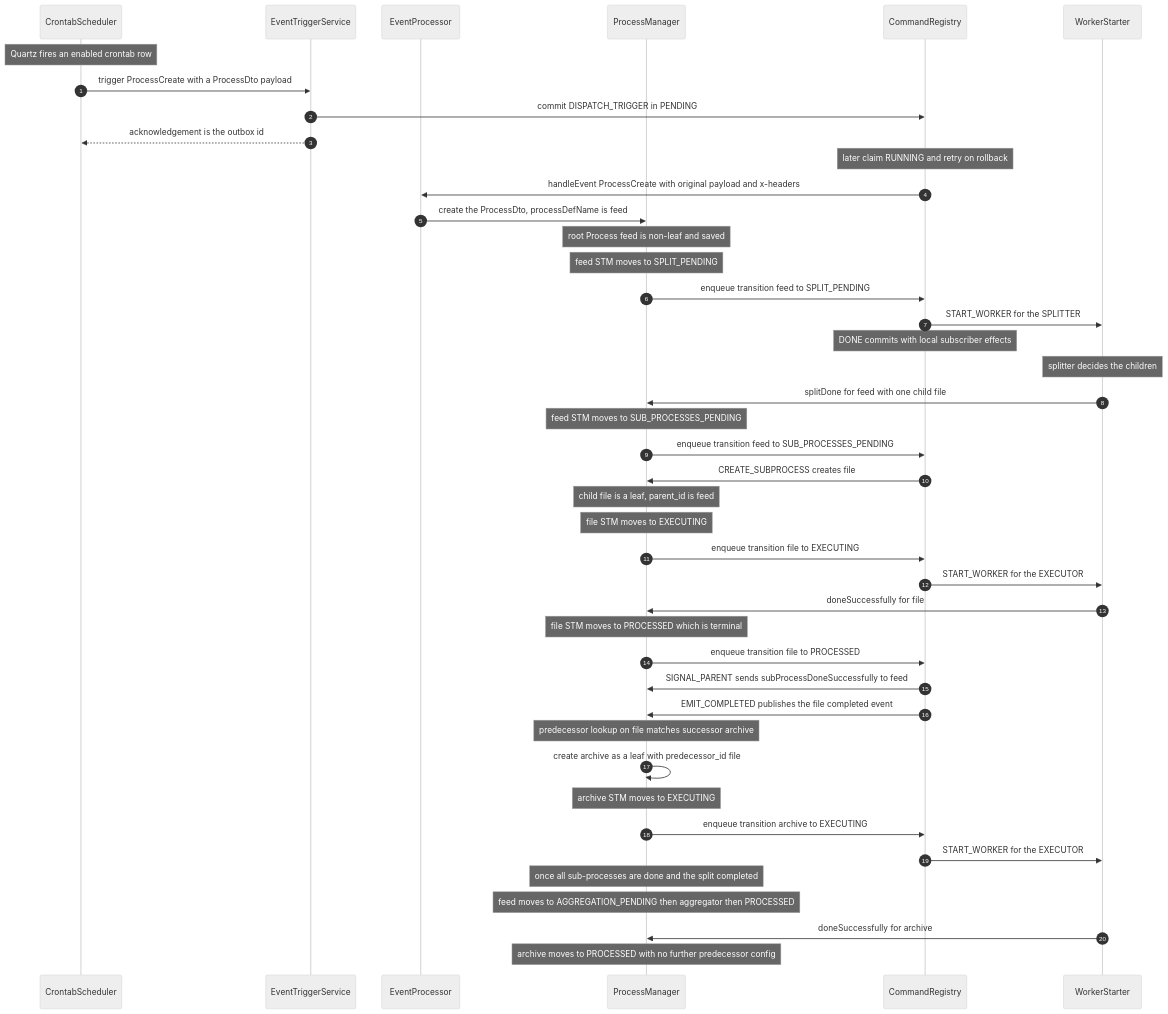
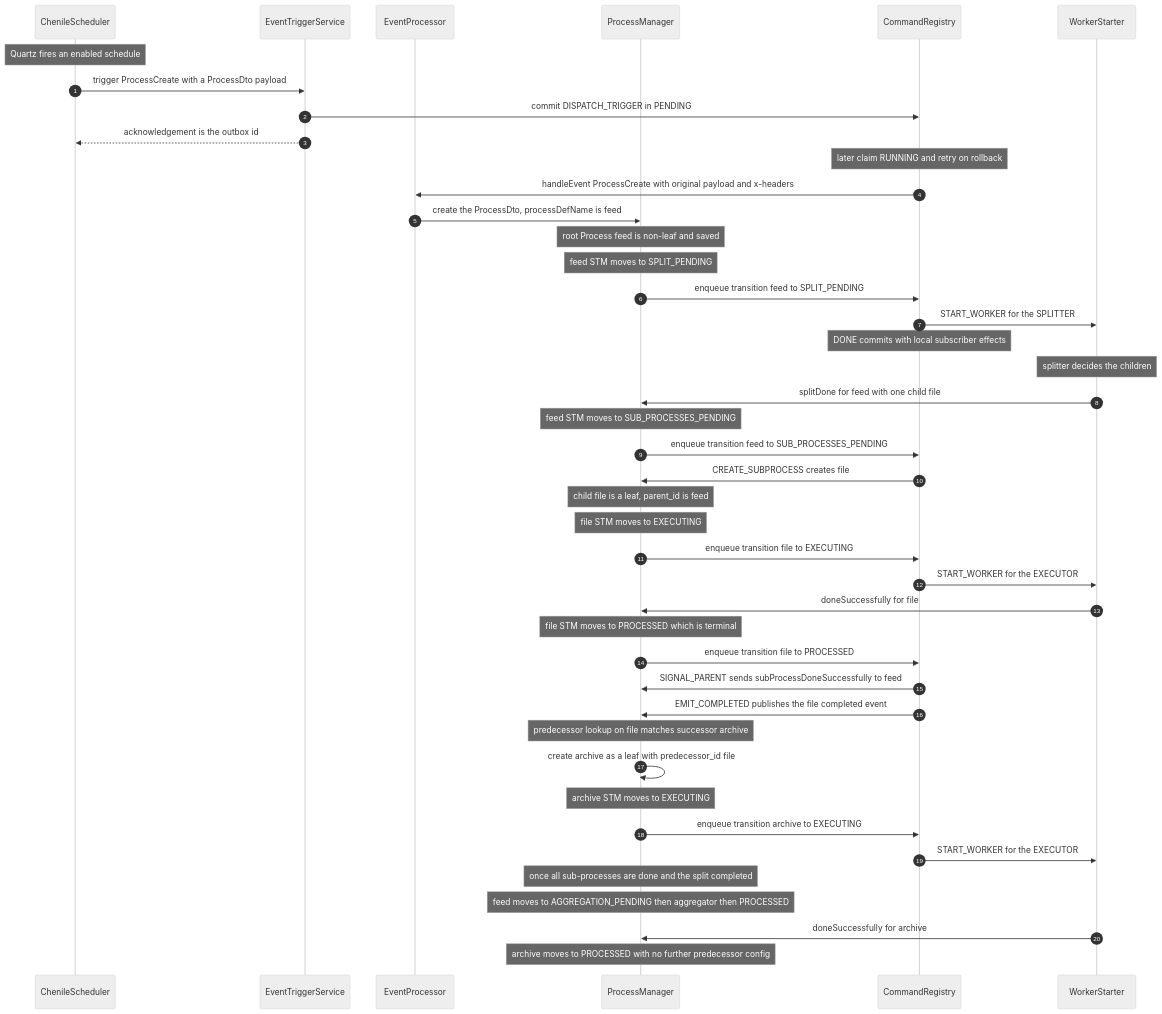
Before and after one commit to ajapros/chenile-process-management: the first of 2 diagrams in docs/process-management-diagrams.md, drawn with Mermaid (neutral theme). The commit also changed other lines of this file and 9 other files, not shown here.

````diff
--- a/docs/process-management-diagrams.md
+++ b/docs/process-management-diagrams.md
@@ -19,49 +19,49 @@
 ```mermaid
 sequenceDiagram
     autonumber
-    participant Cron as CrontabScheduler
+    participant Cron as ChenileScheduler
     participant Trig as EventTriggerService
     participant EP as EventProcessor
     participant PM as ProcessManager
     participant Reg as CommandRegistry
     participant W as WorkerStarter
 
-    Note over Cron: Quartz fires an enabled crontab row
+    Note over Cron: Quartz fires an enabled schedule
     Cron->>Trig: trigger ProcessCreate with a ProcessDto payload
     Trig->>Reg: commit DISPATCH_TRIGGER in PENDING
     Trig-->>Cron: acknowledgement is the outbox id
     Note over Reg: later claim RUNNING and retry on rollback
     Reg->>EP: handleEvent ProcessCreate with original payload and x-headers
     EP->>PM: create the ProcessDto, processDefName is feed
     Note over PM: root Process feed is non-leaf and saved
     Note over PM: feed STM moves to SPLIT_PENDING
     PM->>Reg: enqueue transition feed to SPLIT_PENDING
     Reg->>W: START_WORKER for the SPLITTER
     Note over Reg: DONE commits with local subscriber effects
 
     Note over W: splitter decides the children
     W->>PM: splitDone for feed with one child file
     Note over PM: feed STM moves to SUB_PROCESSES_PENDING
     PM->>Reg: enqueue transition feed to SUB_PROCESSES_PENDING
     Reg->>PM: CREATE_SUBPROCESS creates file
     Note over PM: child file is a leaf, parent_id is feed
     Note over PM: file STM moves to EXECUTING
     PM->>Reg: enqueue transition file to EXECUTING
     Reg->>W: START_WORKER for the EXECUTOR
 
     W->>PM: doneSuccessfully for file
     Note over PM: file STM moves to PROCESSED which is terminal
     PM->>Reg: enqueue transition file to PROCESSED
     Reg->>PM: SIGNAL_PARENT sends subProcessDoneSuccessfully to feed
     Reg->>PM: EMIT_COMPLETED publishes the file completed event
     Note over PM: predecessor lookup on file matches successor archive
     PM->>PM: create archive as a leaf with predecessor_id file
     Note over PM: archive STM moves to EXECUTING
     PM->>Reg: enqueue transition archive to EXECUTING
     Reg->>W: START_WORKER for the EXECUTOR
 
     Note over PM: once all sub-processes are done and the split completed
     Note over PM: feed moves to AGGREGATION_PENDING then aggregator then PROCESSED
     W->>PM: doneSuccessfully for archive
     Note over PM: archive moves to PROCESSED with no further predecessor config
 ```
````
